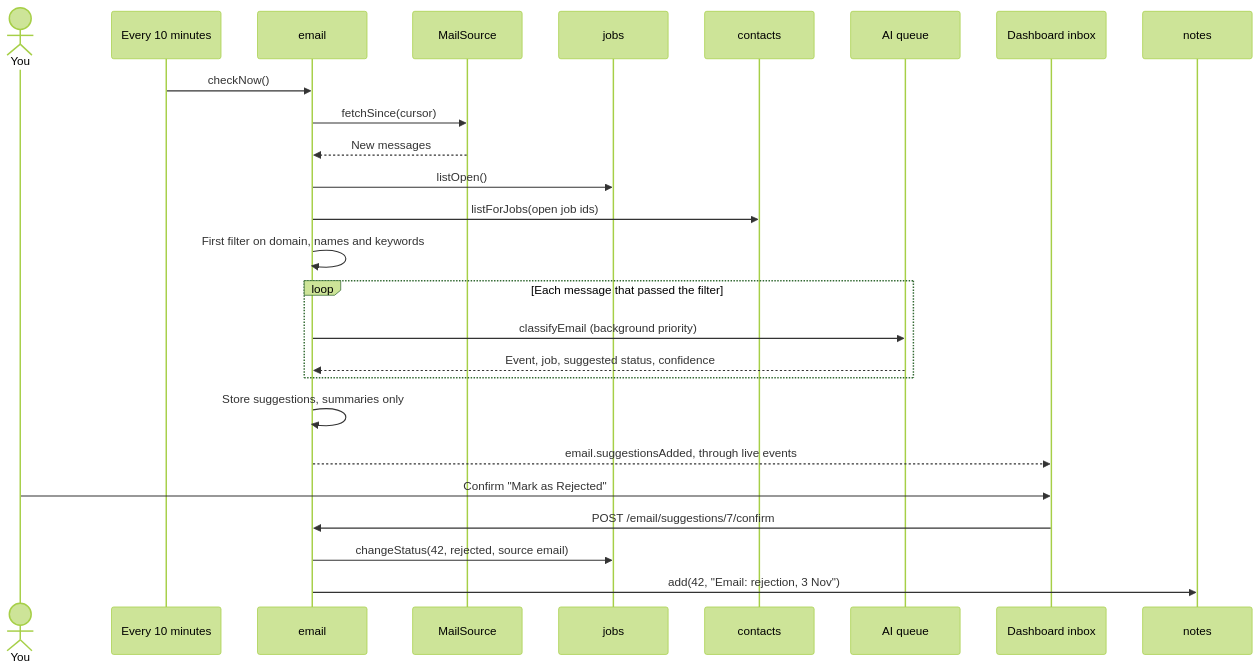
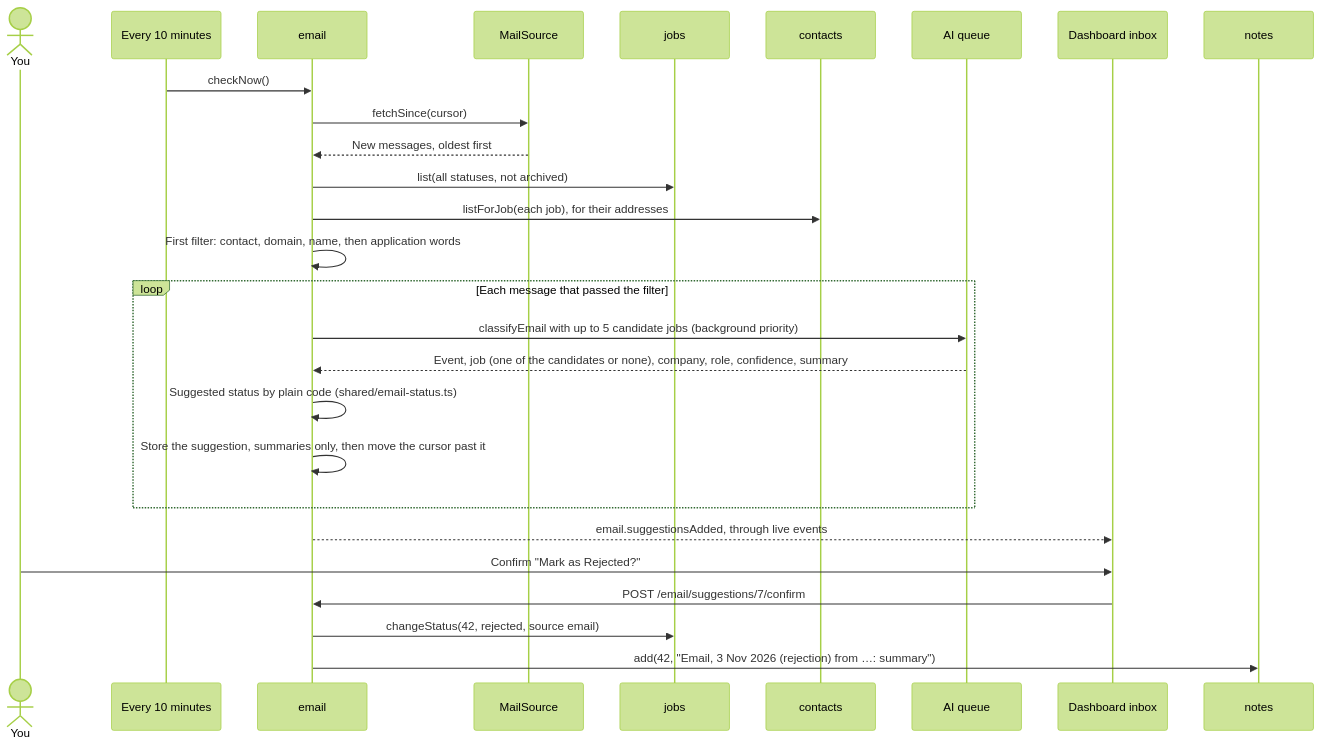
One commit to aximili/job-registry changed the eighth of 11 diagrams in docs/architecture.md. Above: the diagram before and after it, drawn with Mermaid (forest theme). The commit also changed other lines of this file and 124 other files, not shown here.

````diff
--- a/docs/architecture.md
+++ b/docs/architecture.md
@@ -593,29 +609,30 @@
 ```mermaid
 sequenceDiagram
   actor You
   participant Timer as Every 10 minutes
   participant Email as email
   participant Mail as MailSource
   participant Jobs as jobs
   participant Contacts as contacts
   participant AI as AI queue
   participant UI as Dashboard inbox
   participant Notes as notes
 
   Timer->>Email: checkNow()
   Email->>Mail: fetchSince(cursor)
-  Mail-->>Email: New messages
-  Email->>Jobs: listOpen()
-  Email->>Contacts: listForJobs(open job ids)
-  Email->>Email: First filter on domain, names and keywords
+  Mail-->>Email: New messages, oldest first
+  Email->>Jobs: list(all statuses, not archived)
+  Email->>Contacts: listForJob(each job), for their addresses
+  Email->>Email: First filter: contact, domain, name, then application words
   loop Each message that passed the filter
-    Email->>AI: classifyEmail (background priority)
-    AI-->>Email: Event, job, suggested status, confidence
+    Email->>AI: classifyEmail with up to 5 candidate jobs (background priority)
+    AI-->>Email: Event, job (one of the candidates or none), company, role, confidence, summary
+    Email->>Email: Suggested status by plain code (shared/email-status.ts)
+    Email->>Email: Store the suggestion, summaries only, then move the cursor past it
   end
-  Email->>Email: Store suggestions, summaries only
   Email-->>UI: email.suggestionsAdded, through live events
-  You->>UI: Confirm "Mark as Rejected"
+  You->>UI: Confirm "Mark as Rejected?"
   UI->>Email: POST /email/suggestions/7/confirm
   Email->>Jobs: changeStatus(42, rejected, source email)
-  Email->>Notes: add(42, "Email: rejection, 3 Nov")
+  Email->>Notes: add(42, "Email, 3 Nov 2026 (rejection) from …: summary")
 ```
````
